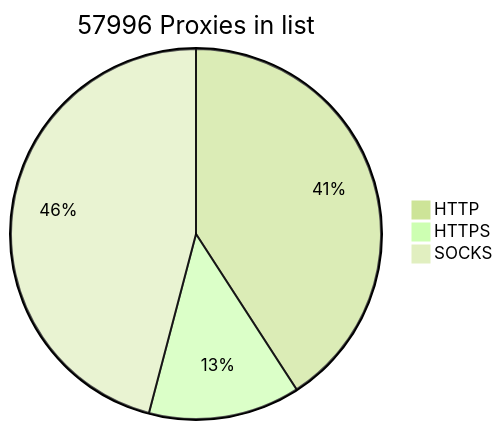
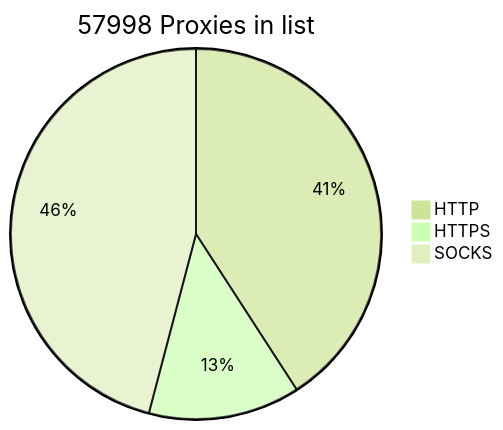
The diagram in README.md (BlackSnowDot/proxylist-update-every-minute), drawn with Mermaid (forest theme) before and after one commit.

````diff
--- a/README.md
+++ b/README.md
@@ -2,6 +2,6 @@
 ```mermaid
-pie title 57996 Proxies in list
+pie title 57998 Proxies in list
     "HTTP" : 26683
-    "HTTPS": 8642
+    "HTTPS": 8645
     "SOCKS" : 29977
 ```
````
